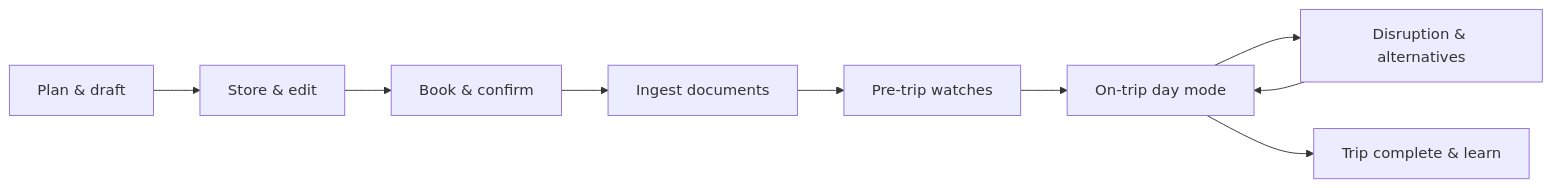
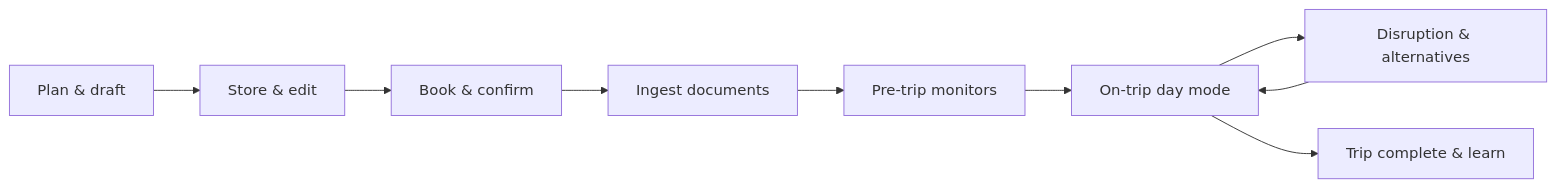
Before and after one commit to cheongqinxue/fogg: the diagram in docs/user-journeys.md, drawn with Mermaid. The commit also changed other lines of this file and 17 other files, not shown here.

````diff
--- a/docs/user-journeys.md
+++ b/docs/user-journeys.md
@@ -53,11 +64,11 @@
 ```mermaid
 flowchart LR
   A[Plan & draft] --> B[Store & edit]
   B --> C[Book & confirm]
   C --> D[Ingest documents]
-  D --> E[Pre-trip watches]
+  D --> E[Pre-trip monitors]
   E --> F[On-trip day mode]
   F --> G[Disruption & alternatives]
   G --> F
   F --> H[Trip complete & learn]
 ```
````
